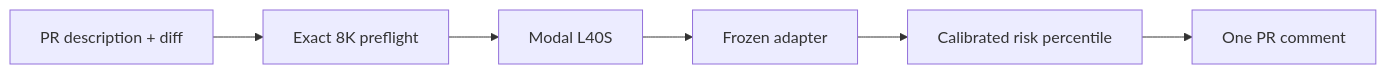
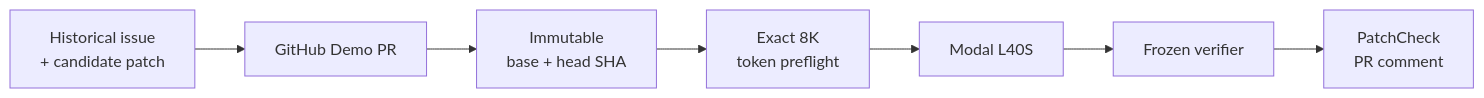
The second of 2 diagrams in README.md (tkim602/PatchCheck), drawn with Mermaid before and after one commit. The commit also changed other lines of this file, not shown here.

````diff
--- a/README.md
+++ b/README.md
@@ -134,11 +293,12 @@
 ```mermaid
 flowchart LR
-    A[PR description + diff]
-    B[Exact 8K preflight]
-    C[Modal L40S]
-    D[Frozen adapter]
-    E[Calibrated risk percentile]
-    F[One PR comment]
+    A[Historical issue<br/>+ candidate patch]
+    B[GitHub Demo PR]
+    C[Immutable<br/>base + head SHA]
+    D[Exact 8K<br/>token preflight]
+    E[Modal L40S]
+    F[Frozen verifier]
+    G[PatchCheck<br/>PR comment]
 
-    A --> B --> C --> D --> E --> F
+    A --> B --> C --> D --> E --> F --> G
 ```
````
